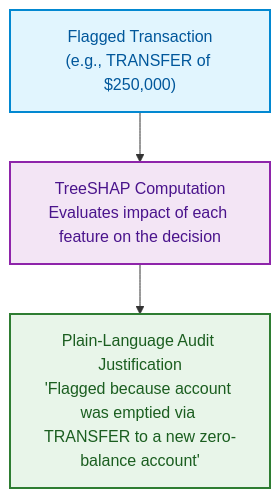
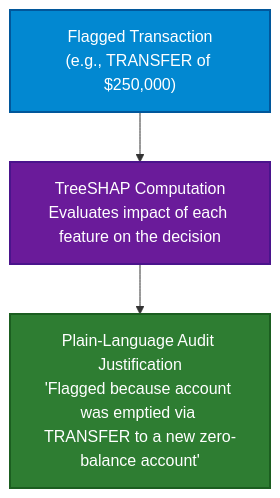
Before and after one commit to End-2007/Privacy-Preserving-Multi-Institutional-Financial-Fraud-Detection: the third of 4 diagrams in ARCHITECTURE.md, drawn with Mermaid. The commit also changed other lines of this file and 1 other file, not shown here.

````diff
--- a/ARCHITECTURE.md
+++ b/ARCHITECTURE.md
@@ -111,12 +111,12 @@
 ```mermaid
 flowchart TD
     T["Flagged Transaction\n(e.g., TRANSFER of $250,000)"]
     S["TreeSHAP Computation\nEvaluates impact of each feature on the decision"]
     J["Plain-Language Audit Justification\n'Flagged because account was emptied via TRANSFER to a new zero-balance account'"]
 
     T --> S --> J
 
-    style T fill:#E1F5FE,stroke:#0288D1,stroke-width:2px,color:#01579B
-    style S fill:#F3E5F5,stroke:#8E24AA,stroke-width:2px,color:#4A148C
-    style J fill:#E8F5E9,stroke:#2E7D32,stroke-width:2px,color:#1B5E20
+    style T fill:#0288D1,stroke:#01579B,stroke-width:2px,color:#ffffff
+    style S fill:#6A1B9A,stroke:#4A148C,stroke-width:2px,color:#ffffff
+    style J fill:#2E7D32,stroke:#1B5E20,stroke-width:2px,color:#ffffff
 ```
````
